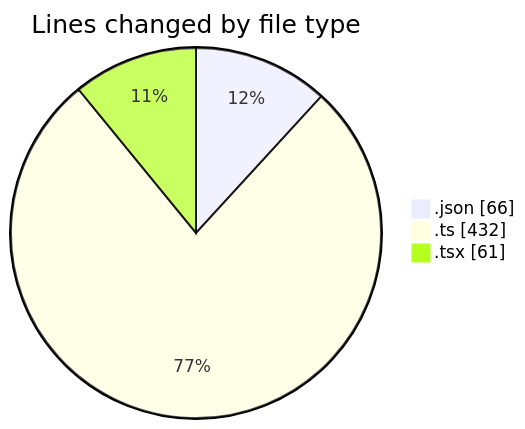
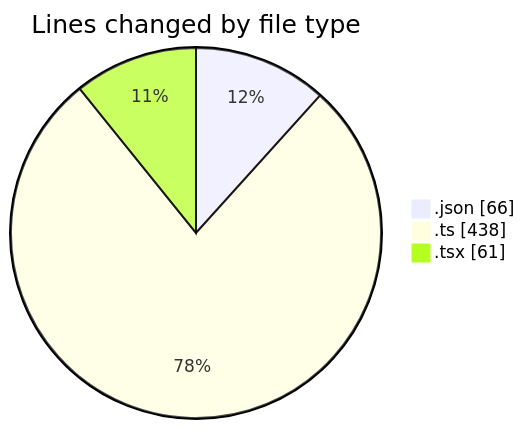
Before and after one commit to momahboobian/code-tracking: the first of 2 diagrams in 2025-05-09/cda/README.md, drawn with Mermaid. The commit also changed other lines of this file and 1 other file, not shown here.

````diff
--- a/2025-05-09/cda/README.md
+++ b/2025-05-09/cda/README.md
@@ -23,7 +23,7 @@
 ```mermaid
 pie showData
 title Lines changed by file type
 ".json" : 66
-".ts" : 432
+".ts" : 438
 ".tsx" : 61
 ```
````
